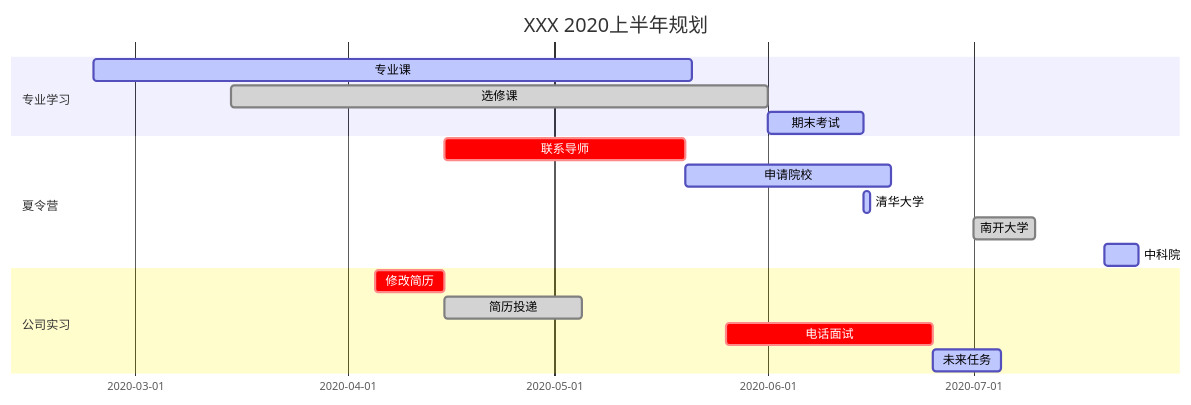
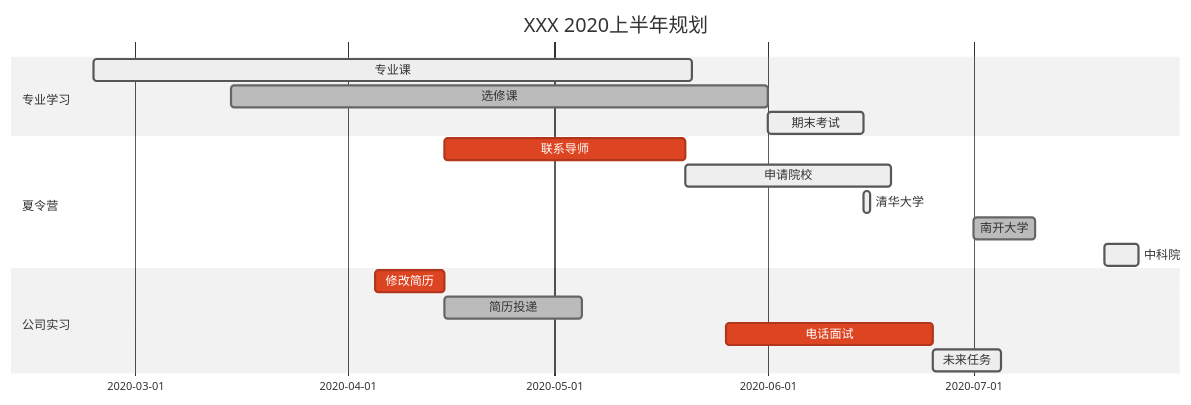
The second of 2 diagrams in README.md (aaron-ai/mermaidtest), drawn with Mermaid before and after one commit.

````diff
--- a/README.md
+++ b/README.md
@@ -12,24 +12,24 @@
 ```mermaid
-%%{init: {'theme': 'default' } }%%
+%%{init: {'theme': 'neutral' } }%%
 gantt
 	dateFormat YYYY-MM-DD
 	title XXX 2020上半年规划
 	
 	section	专业学习
 		专业课	: active, name1, 2020-02-24, 2020-05-21
 		选修课 : done, name2, 2020-03-15, 2020-06-01
 		期末考试 : active, name3, after name2, 14d
 		
 	section 夏令营
 		联系导师 : crit, name11, 2020-04-15, 2020-05-20
 		申请院校 : active, name22, after name11, 30d
 		清华大学 : active, name33, after name3, 1d
 		南开大学 : done, name44, 2020-07-01, 2020-07-10
 		中科院 : active, name55, 2020-07-20, 5d
 		
 	section 公司实习
     	修改简历 : crit, name111, 2020-04-05, 10d
     	简历投递 : done, name222, after name111, 20d
     	电话面试 : crit, name333, 2020-05-26, 30d
     	未来任务 : active, after name333, 10d
 ```
````
